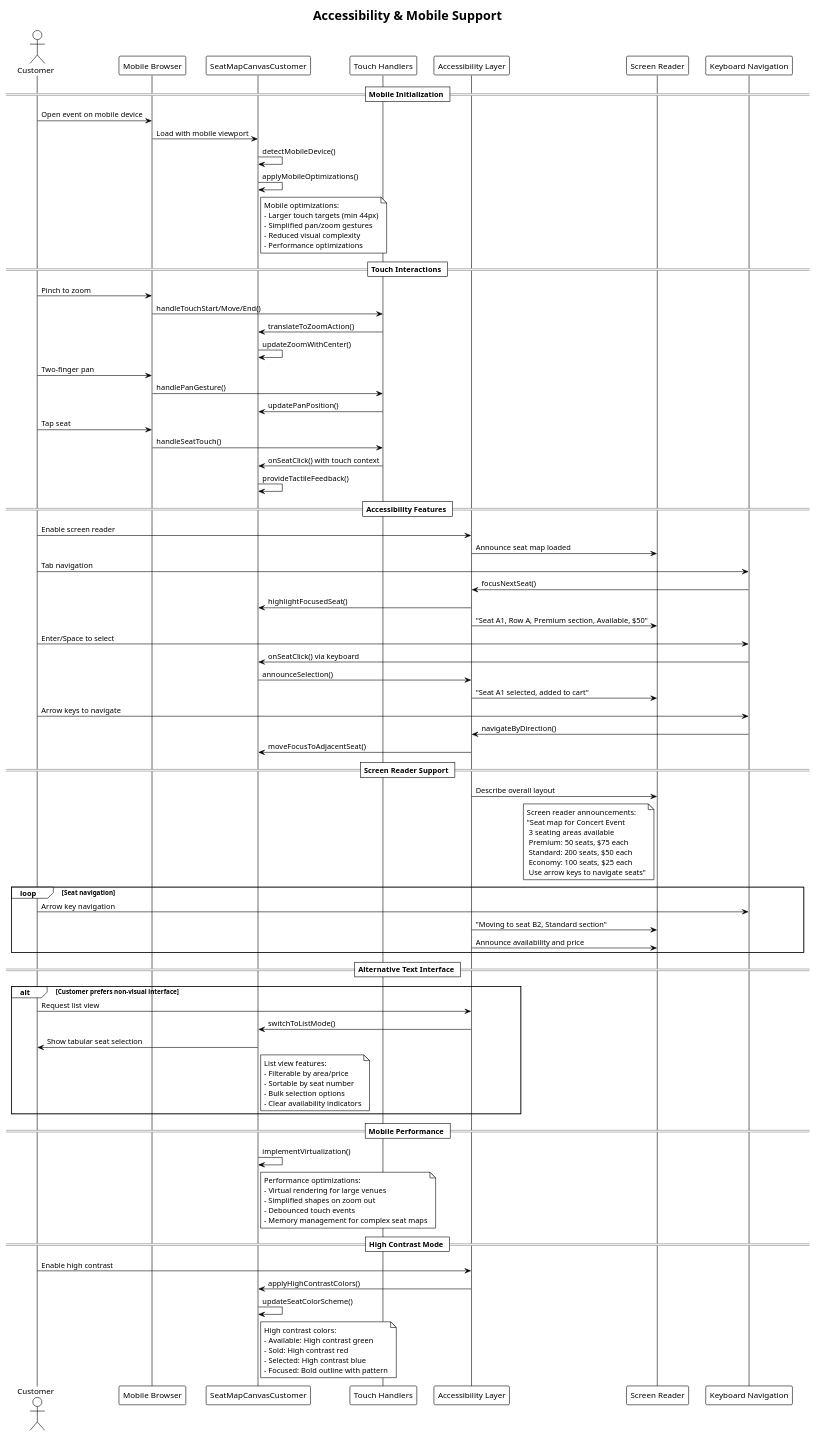
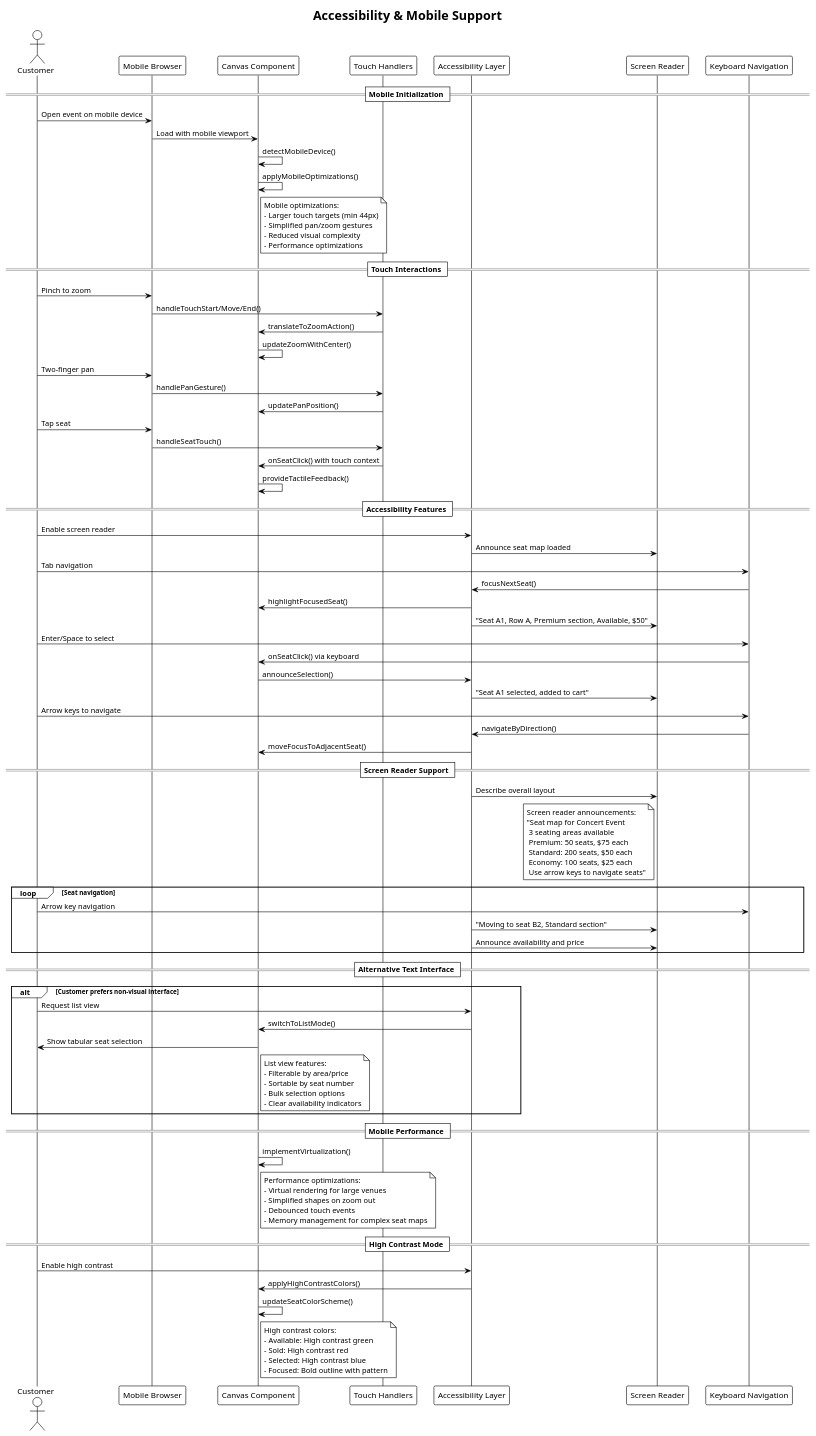
The sixth of 7 diagrams in puml/seat-map-customer.puml (VieTicket/vieticket-monorepo), drawn with PlantUML before and after one commit. The commit also changed other lines of this file and 4 other files, not shown here.

Commit message:
[OPS-28] seq diagram for seatmap

```diff
--- a/puml/seat-map-customer.puml
+++ b/puml/seat-map-customer.puml
@@ -444,117 +436,117 @@
 @startuml accessibility-mobile-support
 !theme plain
 title Accessibility & Mobile Support
 
 actor Customer
 participant "Mobile Browser" as Mobile
-participant "SeatMapCanvasCustomer" as Canvas
+participant "Canvas Component" as Canvas
 participant "Touch Handlers" as Touch
 participant "Accessibility Layer" as A11y
 participant "Screen Reader" as ScreenReader
 participant "Keyboard Navigation" as Keyboard
 
 == Mobile Initialization ==
 Customer -> Mobile: Open event on mobile device
 Mobile -> Canvas: Load with mobile viewport
 Canvas -> Canvas: detectMobileDevice()
 Canvas -> Canvas: applyMobileOptimizations()
 
 Note right of Canvas
   Mobile optimizations:
   - Larger touch targets (min 44px)
   - Simplified pan/zoom gestures
   - Reduced visual complexity
   - Performance optimizations
 end note
 
 == Touch Interactions ==
 Customer -> Mobile: Pinch to zoom
 Mobile -> Touch: handleTouchStart/Move/End()
 Touch -> Canvas: translateToZoomAction()
 Canvas -> Canvas: updateZoomWithCenter()
 
 Customer -> Mobile: Two-finger pan
 Mobile -> Touch: handlePanGesture()
 Touch -> Canvas: updatePanPosition()
 
 Customer -> Mobile: Tap seat
 Mobile -> Touch: handleSeatTouch()
 Touch -> Canvas: onSeatClick() with touch context
 Canvas -> Canvas: provideTactileFeedback()
 
 == Accessibility Features ==
 Customer -> A11y: Enable screen reader
 A11y -> ScreenReader: Announce seat map loaded
 
 Customer -> Keyboard: Tab navigation
 Keyboard -> A11y: focusNextSeat()
 A11y -> Canvas: highlightFocusedSeat()
 A11y -> ScreenReader: "Seat A1, Row A, Premium section, Available, $50"
 
 Customer -> Keyboard: Enter/Space to select
 Keyboard -> Canvas: onSeatClick() via keyboard
 Canvas -> A11y: announceSelection()
 A11y -> ScreenReader: "Seat A1 selected, added to cart"
 
 Customer -> Keyboard: Arrow keys to navigate
 Keyboard -> A11y: navigateByDirection()
 A11y -> Canvas: moveFocusToAdjacentSeat()
 
 == Screen Reader Support ==
 A11y -> ScreenReader: Describe overall layout
 
 Note left of ScreenReader
   Screen reader announcements:
   "Seat map for Concert Event
    3 seating areas available
    Premium: 50 seats, $75 each
    Standard: 200 seats, $50 each  
    Economy: 100 seats, $25 each
    Use arrow keys to navigate seats"
 end note
 
 loop Seat navigation
     Customer -> Keyboard: Arrow key navigation
     A11y -> ScreenReader: "Moving to seat B2, Standard section"
     A11y -> ScreenReader: Announce availability and price
 end
 
 == Alternative Text Interface ==
 alt Customer prefers non-visual interface
     Customer -> A11y: Request list view
     A11y -> Canvas: switchToListMode()
     Canvas -> Customer: Show tabular seat selection
     
     Note right of Canvas
       List view features:
       - Filterable by area/price
       - Sortable by seat number
       - Bulk selection options
       - Clear availability indicators
     end note
 end
 
 == Mobile Performance ==
 Canvas -> Canvas: implementVirtualization()
 Note right of Canvas
   Performance optimizations:
   - Virtual rendering for large venues
   - Simplified shapes on zoom out
   - Debounced touch events
   - Memory management for complex seat maps
 end note
 
 == High Contrast Mode ==
 Customer -> A11y: Enable high contrast
 A11y -> Canvas: applyHighContrastColors()
 Canvas -> Canvas: updateSeatColorScheme()
 
 Note right of Canvas
   High contrast colors:
   - Available: High contrast green
   - Sold: High contrast red
   - Selected: High contrast blue
   - Focused: Bold outline with pattern
 end note
 
 @enduml
```
